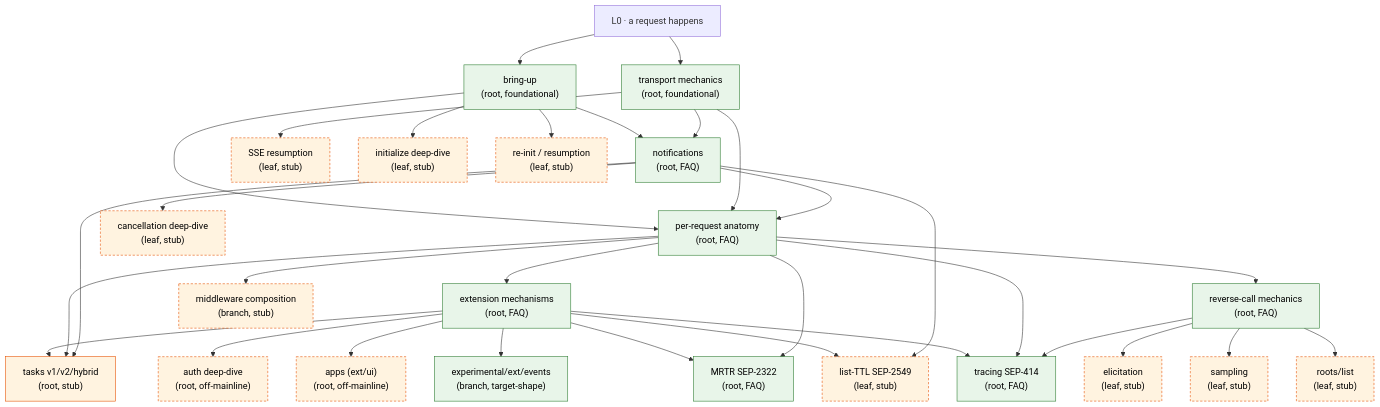
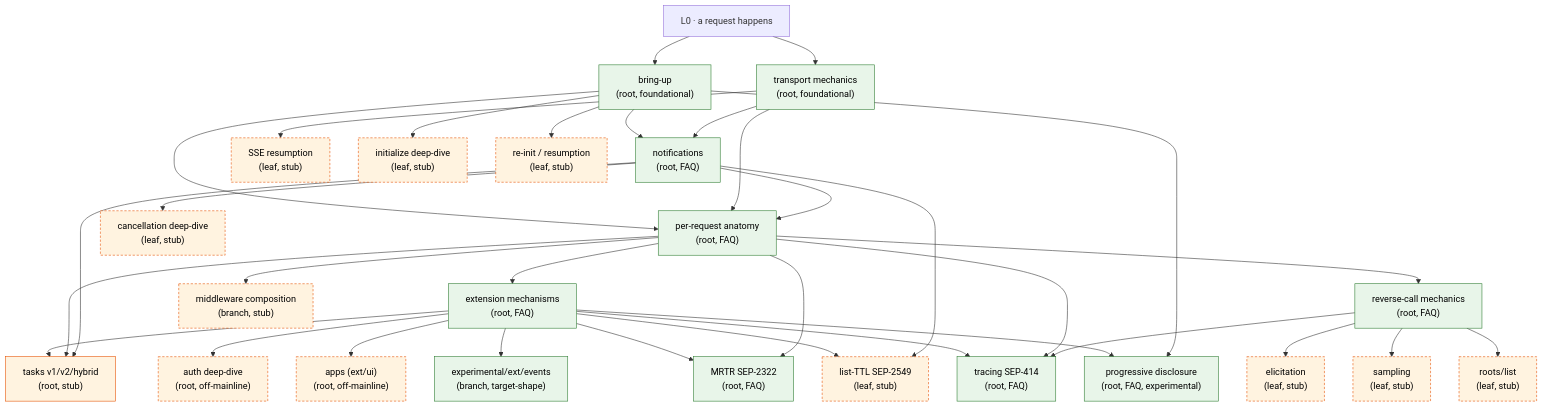
One commit to panyam/mcpkit changed the diagram in tutorials/walkthrough/INDEX.md. Above: the diagram before and after it, drawn with Mermaid. The commit also changed other lines of this file and 8 other files, not shown here.

First line of the commit message:
docs: progressive disclosure concept page and the disclosure example page

```diff
--- a/tutorials/walkthrough/INDEX.md
+++ b/tutorials/walkthrough/INDEX.md
@@ -88,6 +89,7 @@
     canceldeep["cancellation deep-dive<br/>(leaf, stub)"]
     listttl["list-TTL SEP-2549<br/>(leaf, stub)"]
     otel["tracing SEP-414<br/>(root, FAQ)"]
+    disclosure["progressive disclosure<br/>(root, FAQ, experimental)"]
 
     L0 --> bringup
     L0 --> wire
@@ -125,14 +127,18 @@
     anat --> otel
     rev --> otel
 
+    ext --> disclosure
+    bringup --> disclosure
+
     classDef written fill:#e8f5e9,stroke:#2e7d32,color:#000;
     classDef next fill:#fff3e0,stroke:#e65100,color:#000;
     classDef stub fill:#fff3e0,stroke:#e65100,color:#000,stroke-dasharray:4 3;
-    class bringup,wire,notif,anat,ext,events,mrtr,rev,otel written;
+    class bringup,wire,notif,anat,ext,events,mrtr,rev,otel,disclosure written;
     class tasks next;
     class auth,apps,resume,mw,init,reinit,elicit,sample,rootsLeaf,canceldeep,listttl stub;
 
     click bringup "./bringup.md"
+    click disclosure "./progressive-disclosure.md"
     click wire "./transport-mechanics.md"
     click notif "./notifications.md"
     click anat "./request-anatomy.md"
```
